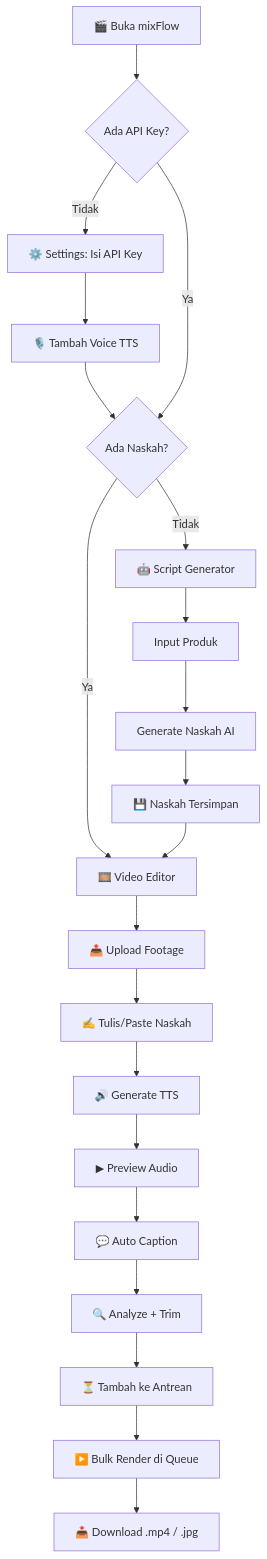
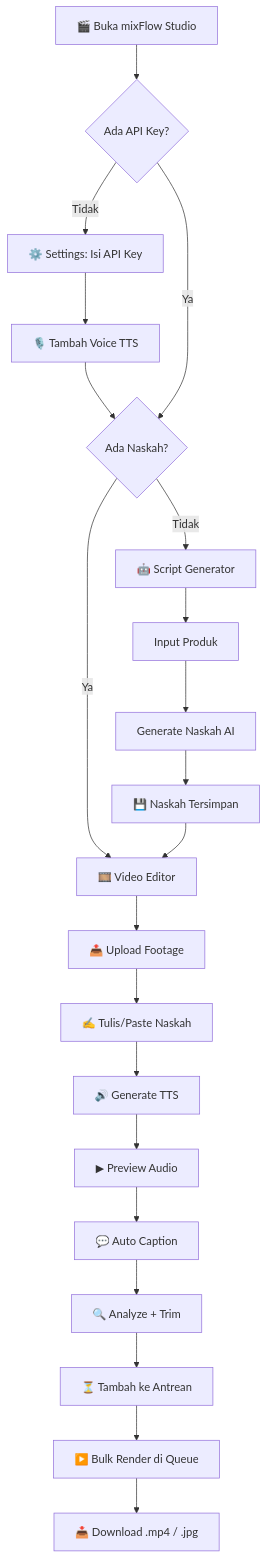
One commit to Muhira007/mixFlow-Studio changed the first of 4 diagrams in README.md. Above: the diagram before and after it, drawn with Mermaid. The commit also changed other lines of this file and 38 other files, not shown here.

Commit message:
chore: rename brand mixFlow to mixFlow Studio and update URLs

````diff
--- a/README.md
+++ b/README.md
@@ -220,26 +220,26 @@
 ```mermaid
 flowchart TD
-    A[🎬 Buka mixFlow] --> B{Ada API Key?}
+    A[🎬 Buka mixFlow Studio] --> B{Ada API Key?}
     B -- Tidak --> S[⚙️ Settings: Isi API Key]
     S --> S2[🎙️ Tambah Voice TTS]
     S2 --> C
 
     B -- Ya --> C{Ada Naskah?}
     C -- Tidak --> G[🤖 Script Generator]
     G --> G1[Input Produk]
     G1 --> G2[Generate Naskah AI]
     G2 --> G3[💾 Naskah Tersimpan]
 
     C -- Ya --> V[🎞️ Video Editor]
     G3 --> V
 
     V --> V1[📤 Upload Footage]
     V1 --> V2[✍️ Tulis/Paste Naskah]
     V2 --> V3[🔊 Generate TTS]
     V3 --> V4[▶ Preview Audio]
     V4 --> V4_1[💬 Auto Caption]
     V4_1 --> V5[🔍 Analyze + Trim]
     V5 --> V6[⏳ Tambah ke Antrean]
     V6 --> V7[▶️ Bulk Render di Queue]
     V7 --> D[📥 Download .mp4 / .jpg]
 ```
````
